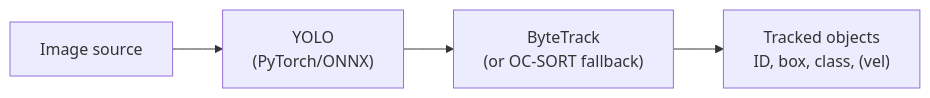
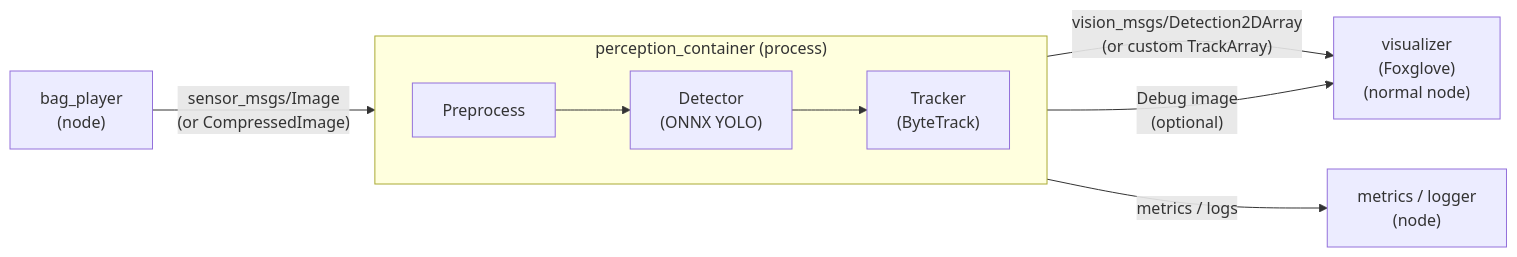
Before and after one commit to jacobnzw/ros2-mot-pipeline: the diagram in docs/architecture.md, drawn with Mermaid. The commit also changed other lines of this file and 2 other files, not shown here.

Commit message:
Update project plan, architecture; onnx export notes to reproducibility.

````diff
--- a/docs/architecture.md
+++ b/docs/architecture.md
@@ -3,6 +3,13 @@
 ```mermaid
 flowchart LR
-    A["Image source"] --> B["YOLO <br/> (PyTorch/ONNX)"]
-    B --> C["ByteTrack <br/> (or OC-SORT fallback)"]
-    C --> D["Tracked objects <br/> ID, box, class, (vel)"]
+    BP["bag_player<br/>(node)"] -->|"sensor_msgs/Image<br/>(or CompressedImage)"| PCSG
+
+    subgraph PCSG["perception_container (process)"]
+        direction LR
+        P["Preprocess<br/>"] --> D["Detector<br/>(ONNX YOLO)"] --> T["Tracker<br/>(ByteTrack)"]
+    end
+
+    T -->|"vision_msgs/Detection2DArray<br/>(or custom TrackArray)"| V["visualizer<br/>(Foxglove)<br/>(normal node)"]
+    T -->|"Debug image<br/>(optional)"| V
+    T -->|"metrics / logs"| M["metrics / logger <br/>(node)"]
 ```
````
